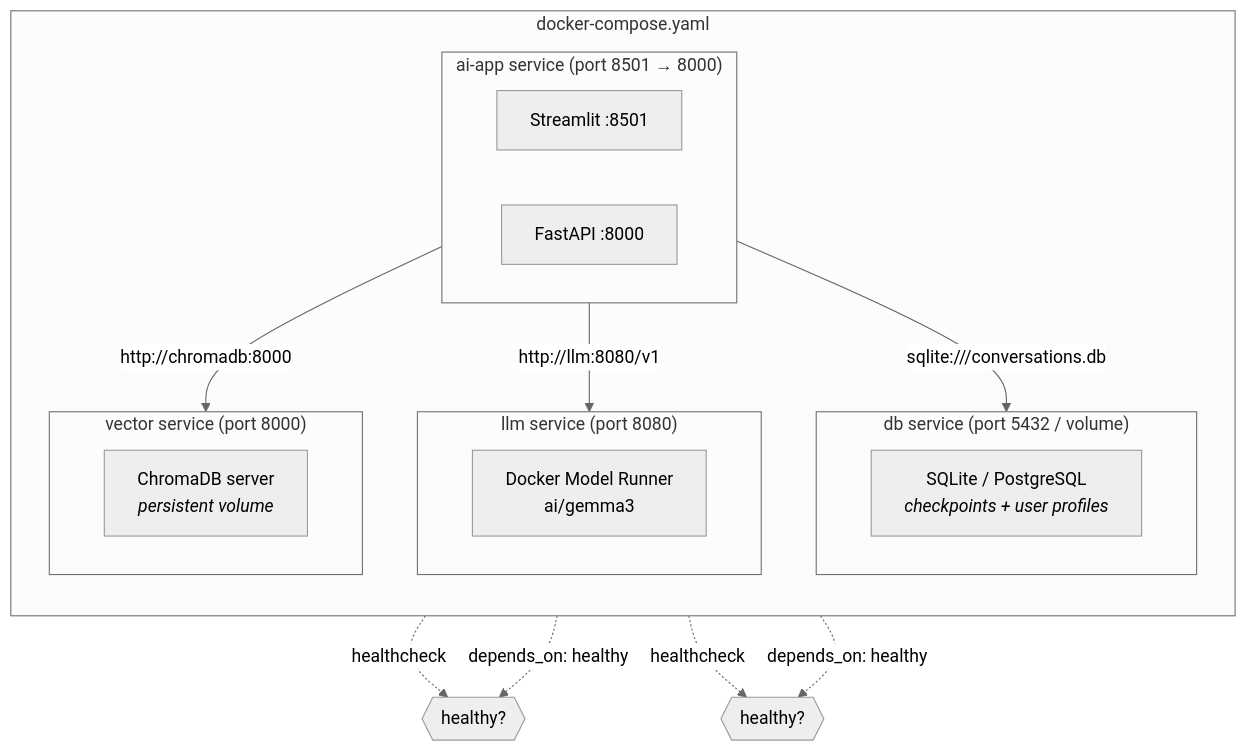
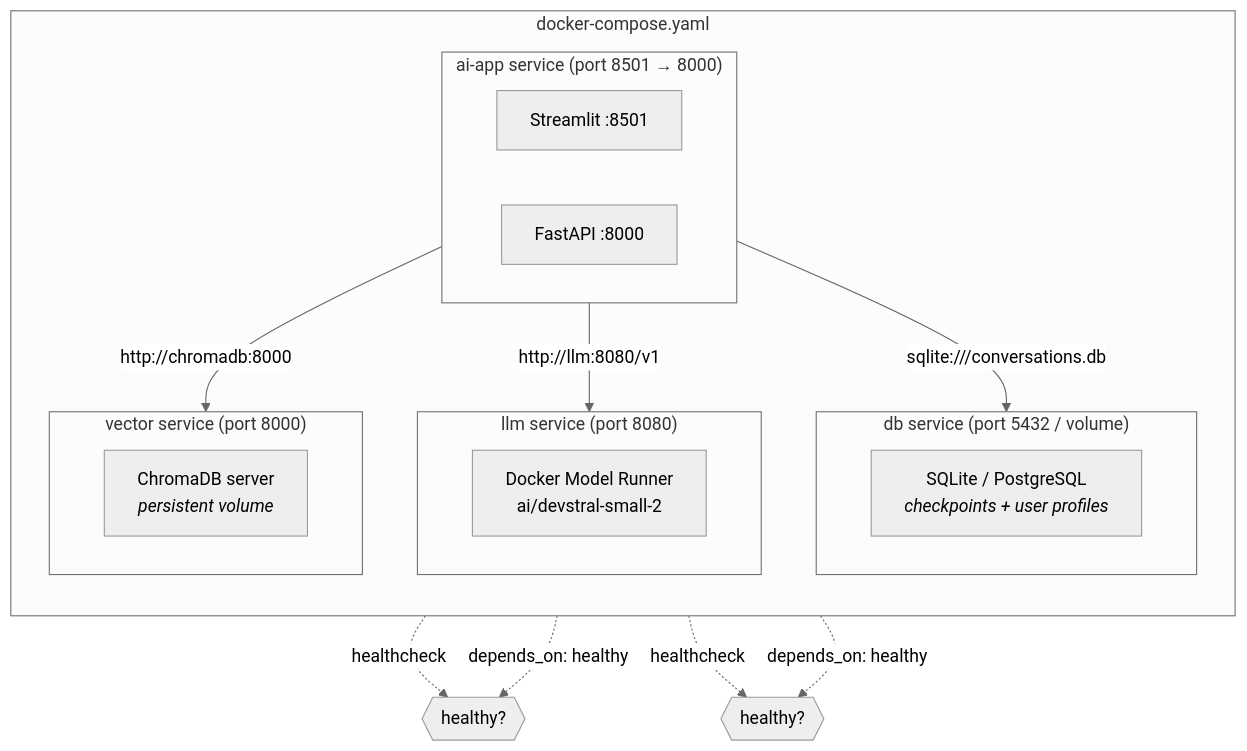
One commit to SebastianGarrido2790/ai-assistant-docker-app changed the fifth of 6 diagrams in reports/docs/architecture/system_design.md. Above: the diagram before and after it, drawn with Mermaid (neutral theme). The commit also changed other lines of this file and 35 other files, not shown here.

````diff
--- a/reports/docs/architecture/system_design.md
+++ b/reports/docs/architecture/system_design.md
@@ -215,32 +215,32 @@
 ```mermaid
 graph TD
     subgraph COMPOSE["docker-compose.yaml"]
         direction TB
 
         subgraph APP["ai-app service (port 8501 → 8000)"]
             direction LR
             ST2["Streamlit :8501"]
             FA["FastAPI :8000"]
         end
 
         subgraph LLM2["llm service (port 8080)"]
-            GEM["Docker Model Runner<br/>ai/gemma3"]
+            GEM["Docker Model Runner<br/>ai/devstral-small-2"]
         end
 
         subgraph DB2["db service (port 5432 / volume)"]
             SQ["SQLite / PostgreSQL<br/><i>checkpoints + user profiles</i>"]
         end
 
         subgraph VEC["vector service (port 8000)"]
             CH["ChromaDB server<br/><i>persistent volume</i>"]
         end
     end
 
     APP -->|"http://llm:8080/v1"| LLM2
     APP -->|"sqlite:///conversations.db"| DB2
     APP -->|"http://chromadb:8000"| VEC
     LLM2 -.->|"healthcheck"| HC1{{"healthy?"}}
     DB2 -.->|"healthcheck"| HC2{{"healthy?"}}
     APP -.->|"depends_on: healthy"| HC1
     APP -.->|"depends_on: healthy"| HC2
 ```
````
